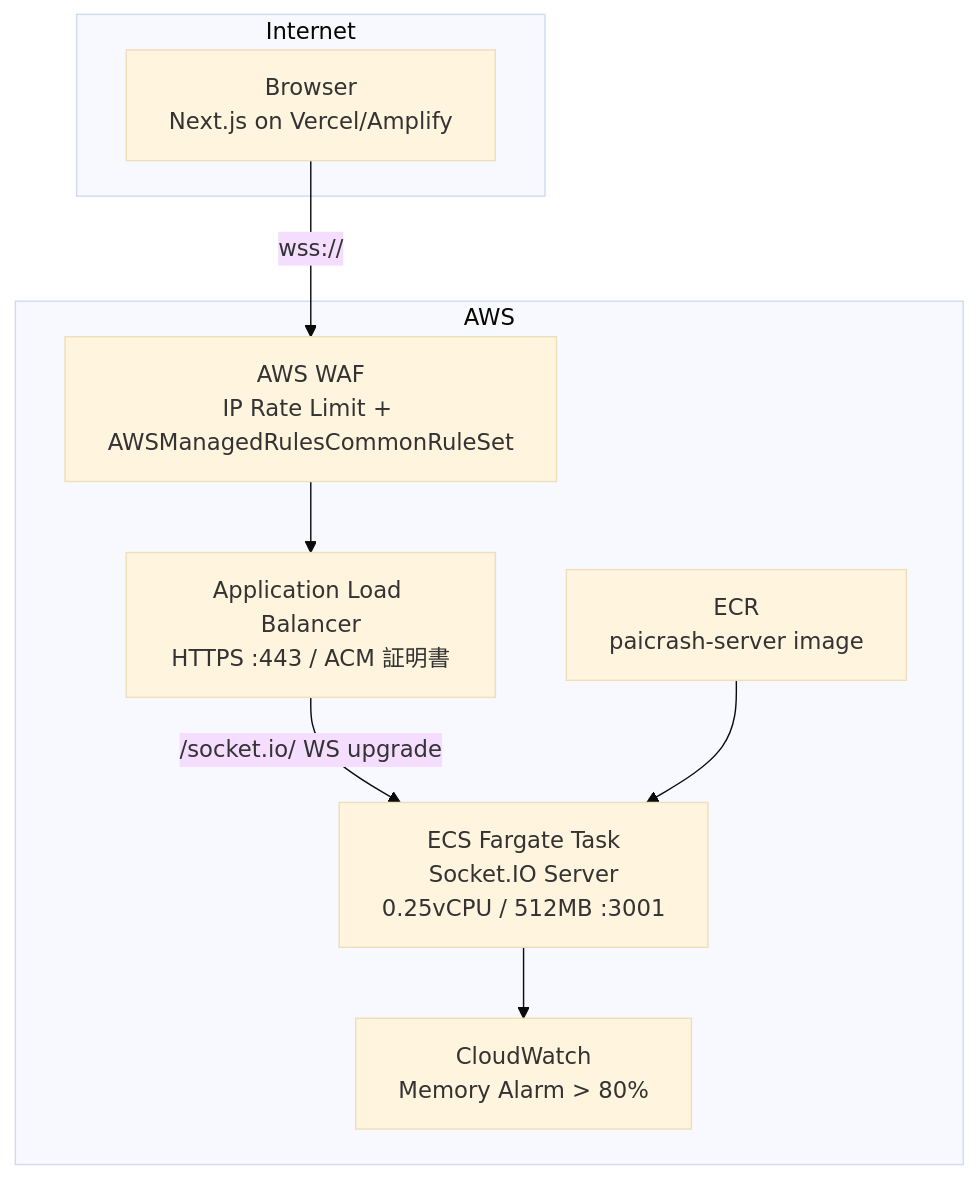
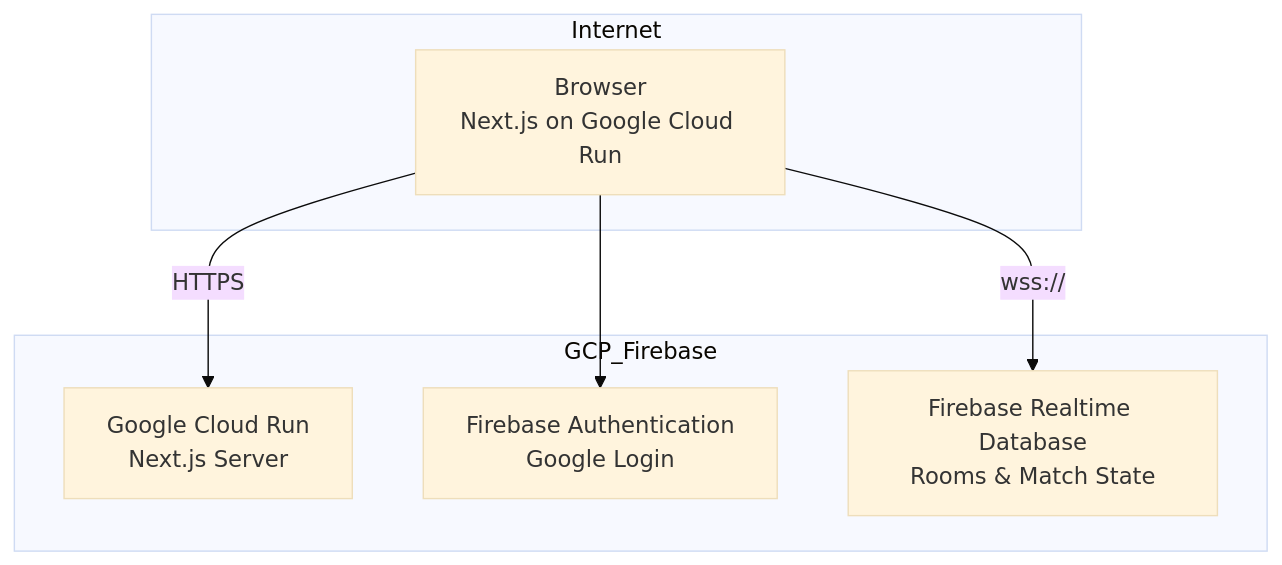
The diagram in docs/system_architecture.md (df-yamashitamasashi/paicrash), drawn with Mermaid (base theme) before and after one commit. The commit also changed other lines of this file and 4 other files, not shown here.

Commit message:
chore: migrate deployment pipeline from AWS ECS to Google Cloud Run and update project documentation

````diff
--- a/docs/system_architecture.md
+++ b/docs/system_architecture.md
@@ -27,19 +13,16 @@
 ```mermaid
 graph TB
     subgraph Internet
-        Browser[Browser<br/>Next.js on Vercel/Amplify]
+        Browser[Browser<br/>Next.js on Google Cloud Run]
     end
 
-    subgraph AWS
-        WAF[AWS WAF<br/>IP Rate Limit + AWSManagedRulesCommonRuleSet]
-        ALB[Application Load Balancer<br/>HTTPS :443 / ACM 証明書]
-        Task[ECS Fargate Task<br/>Socket.IO Server<br/>0.25vCPU / 512MB :3001]
-        ECR[ECR<br/>paicrash-server image]
-        CW[CloudWatch<br/>Memory Alarm > 80%]
+    subgraph GCP_Firebase
+        CloudRun[Google Cloud Run<br/>Next.js Server]
+        Auth[Firebase Authentication<br/>Google Login]
+        RTDB[Firebase Realtime Database<br/>Rooms & Match State]
     end
 
-    Browser -->|wss://| WAF --> ALB
-    ALB -->|/socket.io/ WS upgrade| Task
-    ECR --> Task
-    Task --> CW
+    Browser -->|HTTPS| CloudRun
+    Browser -->|wss://| RTDB
+    Browser --> Auth
 ```
````
